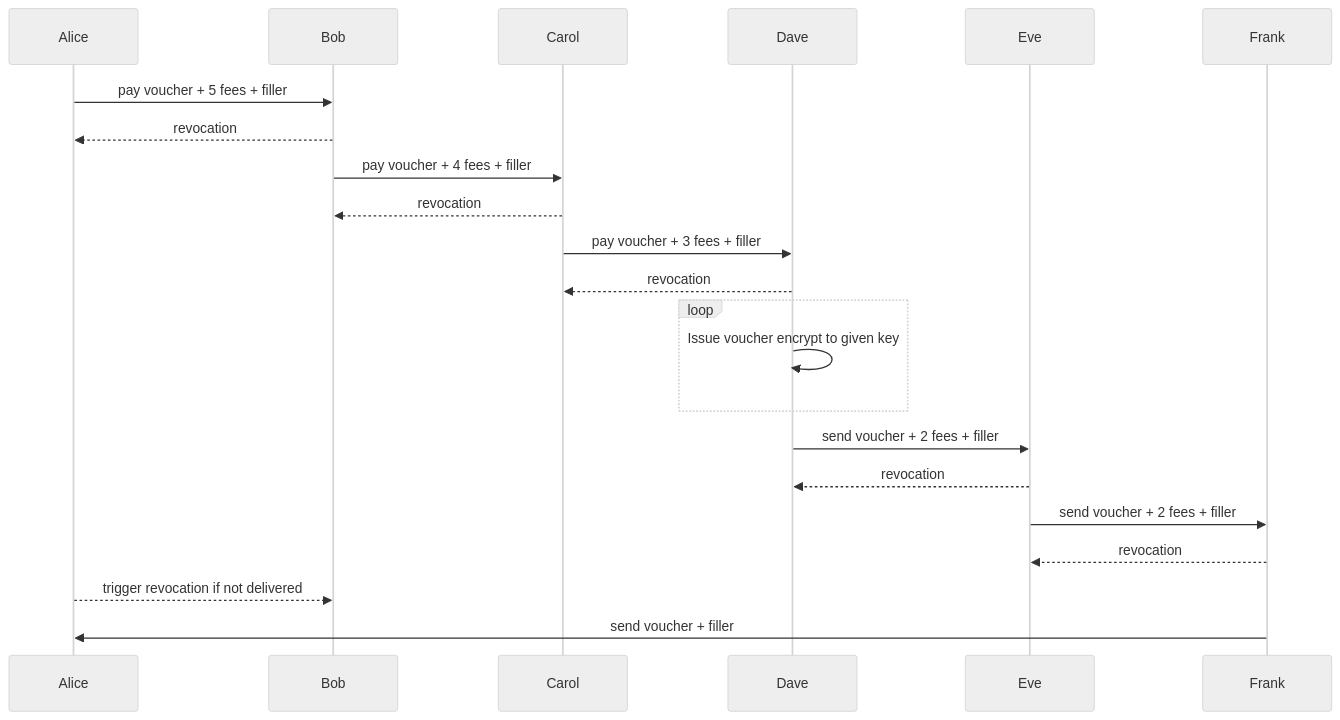
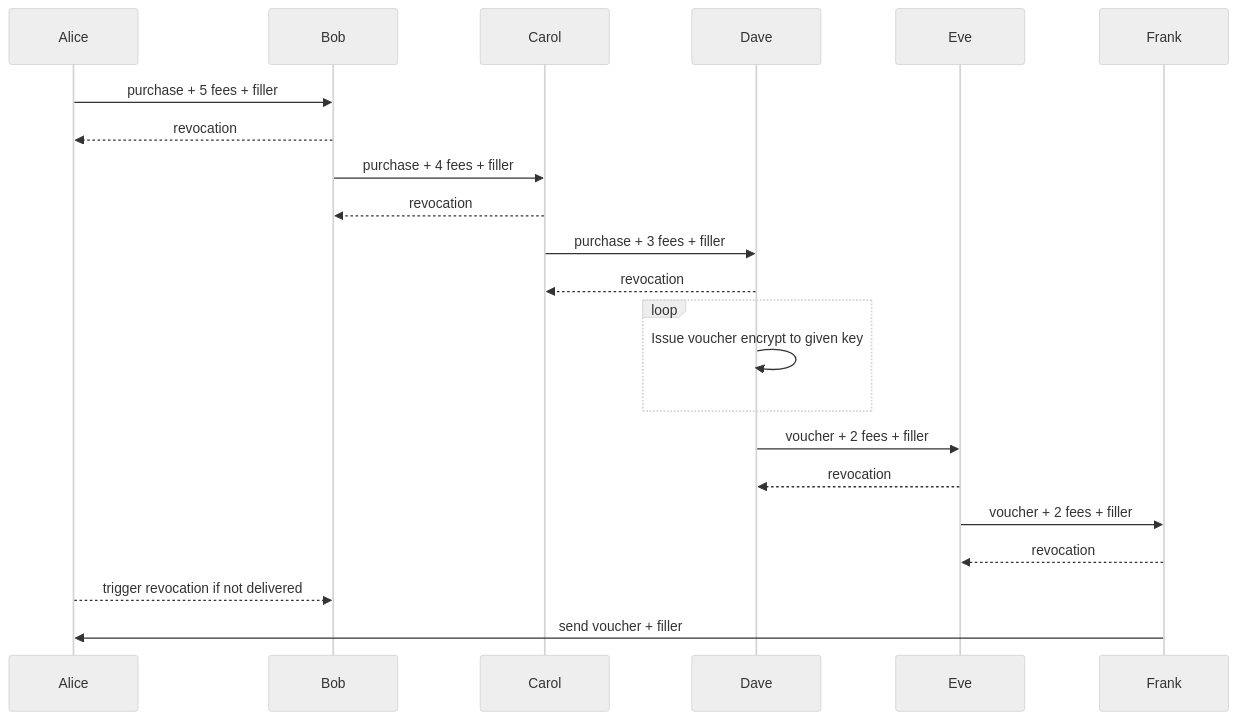
Before and after one commit to indra-labs/indra: the first of 3 diagrams in doc/whitepaper.md, drawn with Mermaid (neutral theme). The commit also changed other lines of this file and 1 other file, not shown here.

Commit message:
Some more small refinements regarding purchase fees

````diff
--- a/doc/whitepaper.md
+++ b/doc/whitepaper.md
@@ -31,18 +31,18 @@
 ```mermaid
   sequenceDiagram
-    Alice->>Bob: pay voucher + 5 fees + filler
+    Alice->>Bob: purchase + 5 fees + filler
     Bob-->>Alice: revocation
-    Bob->>Carol: pay voucher + 4 fees + filler
+    Bob->>Carol: purchase + 4 fees + filler
     Carol-->>Bob: revocation
-    Carol->>Dave: pay voucher + 3 fees + filler
+    Carol->>Dave: purchase + 3 fees + filler
     Dave-->>Carol: revocation
     loop
     	Dave->>Dave: Issue voucher encrypt to given key
     end
-    Dave->>Eve: send voucher + 2 fees + filler
+    Dave->>Eve: voucher + 2 fees + filler
     Eve-->>Dave: revocation
-    Eve->>Frank: send voucher + 2 fees + filler
+    Eve->>Frank: voucher + 2 fees + filler
     Frank-->>Eve: revocation
     Alice-->>Bob: trigger revocation if not delivered
     Frank->>Alice: send voucher + filler
 ```
````
